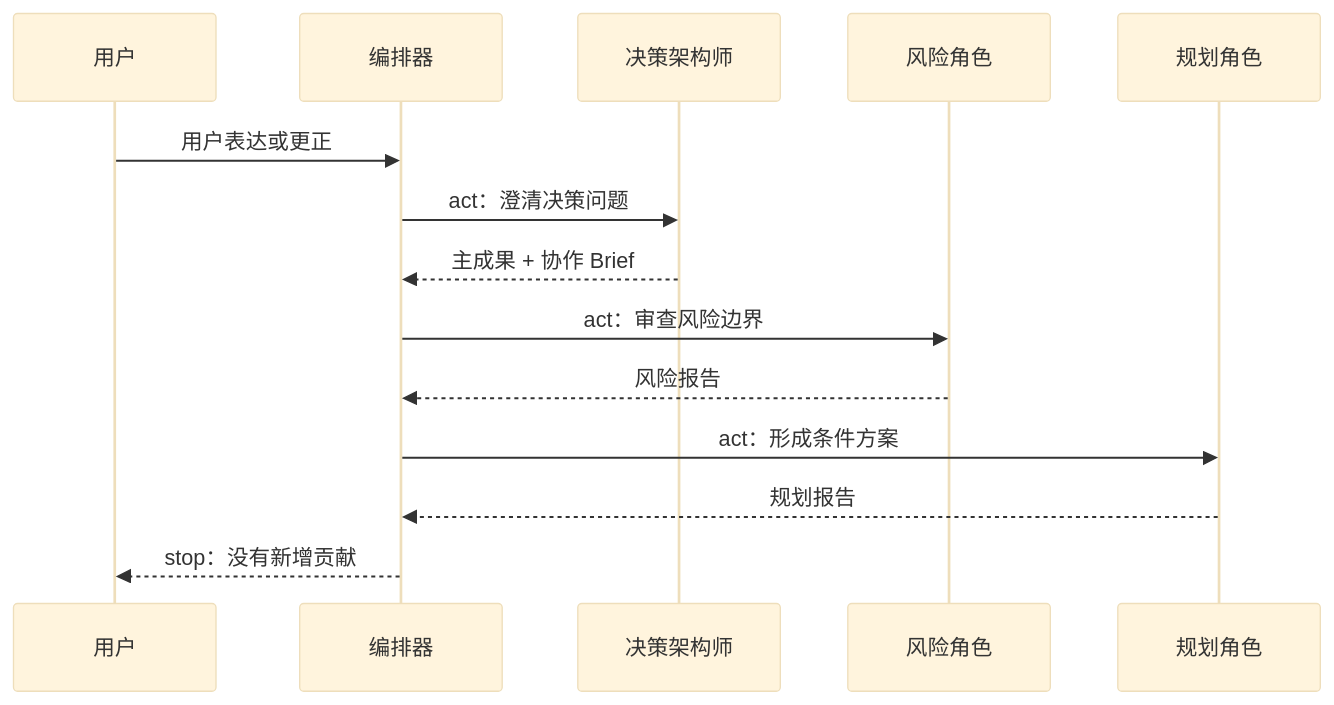
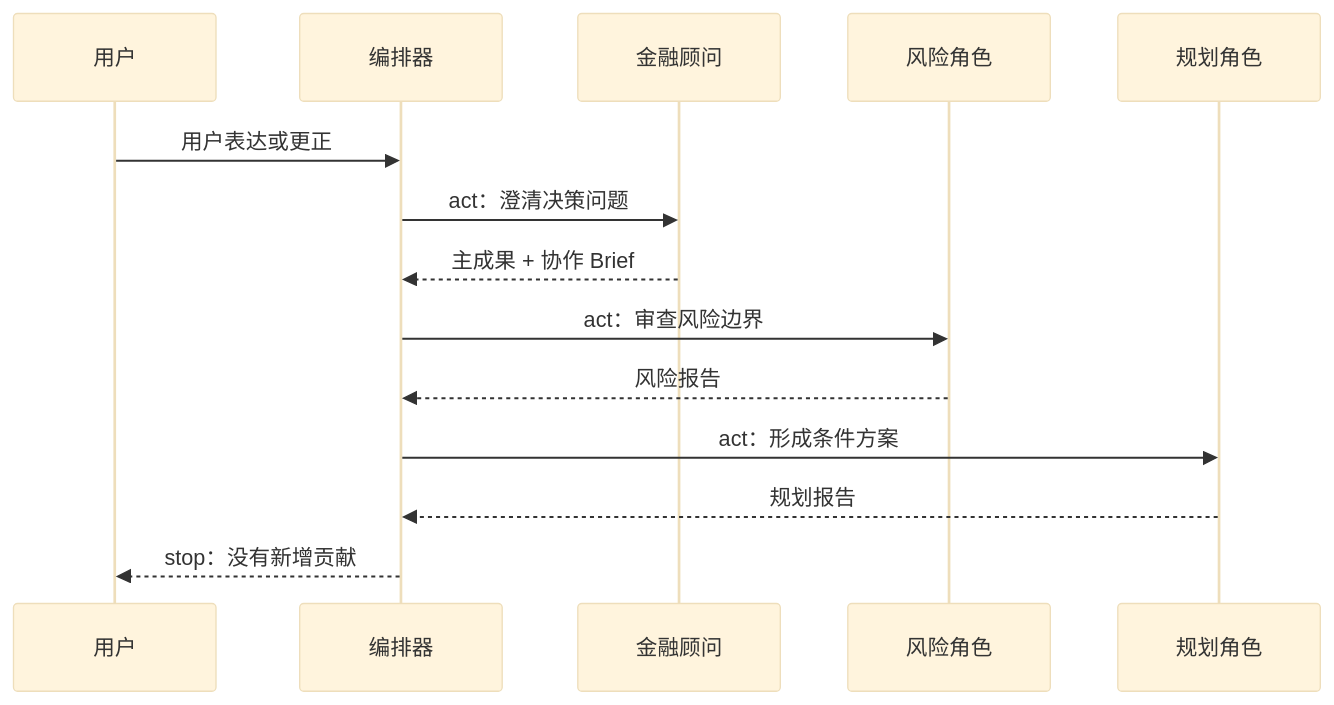
One commit to WXYNB66/-Autonomous-Domain-Agents changed the diagram in diagrams/meeting_flow.mmd. Above: the diagram before and after it, drawn with Mermaid (base theme). The commit also changed 12 other files, not shown here.

```diff
--- a/diagrams/meeting_flow.mmd
+++ b/diagrams/meeting_flow.mmd
@@ -1,14 +1,14 @@
 sequenceDiagram
     participant U as 用户
     participant O as 编排器
-    participant D as 决策架构师
+    participant D as 金融顾问
     participant R as 风险角色
     participant P as 规划角色
     U->>O: 用户表达或更正
     O->>D: act：澄清决策问题
     D-->>O: 主成果 + 协作 Brief
     O->>R: act：审查风险边界
     R-->>O: 风险报告
     O->>P: act：形成条件方案
     P-->>O: 规划报告
     O-->>U: stop：没有新增贡献
```
